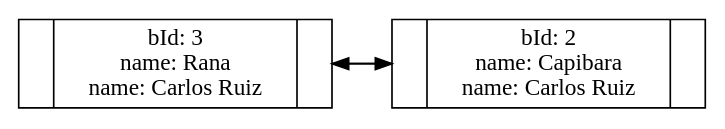
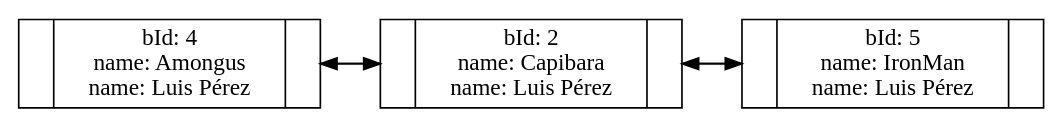
Before and after one commit to marcosbondel/IPC2_ProyectoVD2024_202202410: the diagram in Proyecto1/dot_reports/doubly_linked_list.dot, drawn with Graphviz. The commit also changed 15 other files, not shown here.

```diff
--- a/Proyecto1/dot_reports/doubly_linked_list.dot
+++ b/Proyecto1/dot_reports/doubly_linked_list.dot
@@ -1,8 +1,11 @@
 digraph G {
             rankdir=LR;
             node[shape=record, height=.1]
-        nodo1[label="{<f1>|bId: 3\nname: Rana\nname: Carlos Ruiz\n|<f2>}"];
-nodo2[label="{<f1>|bId: 2\nname: Capibara\nname: Carlos Ruiz\n|<f2>}"];
+        nodo1[label="{<f1>|bId: 4\nname: Amongus\nname: Luis Pérez\n|<f2>}"];
+nodo2[label="{<f1>|bId: 2\nname: Capibara\nname: Luis Pérez\n|<f2>}"];
+nodo3[label="{<f1>|bId: 5\nname: IronMan\nname: Luis Pérez\n|<f2>}"];
 nodo1:f2 -> nodo2:f1;
 nodo2:f1 -> nodo1:f2;
+nodo2:f2 -> nodo3:f1;
+nodo3:f1 -> nodo2:f2;
 }
```
